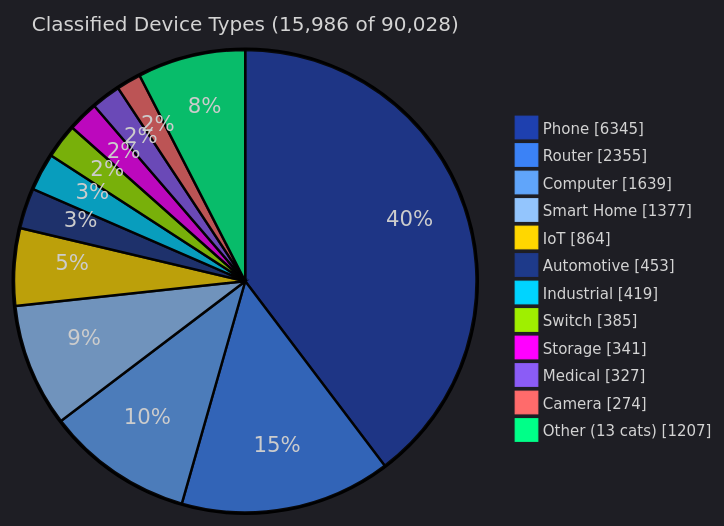
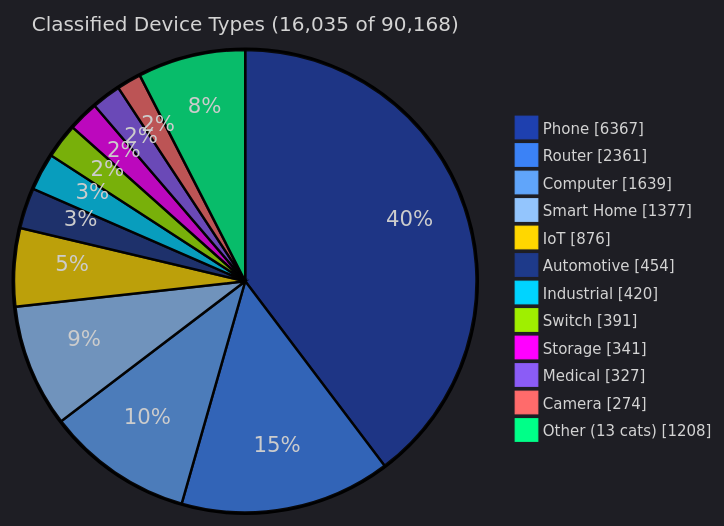
One commit to Ringmast4r/OUI-Master-Database changed the fourth of 5 diagrams in README.md. Above: the diagram before and after it, drawn with Mermaid. The commit also changed other lines of this file and 14 other files, not shown here.

````diff
--- a/README.md
+++ b/README.md
@@ -166,17 +166,17 @@
 ```mermaid
 %%{init: {'theme':'dark', 'themeVariables': {'pie1':'#1E40AF','pie2':'#3B82F6','pie3':'#60A5FA','pie4':'#93C5FD','pie5':'#FFD700','pie6':'#1E3A8A','pie7':'#00D4FF','pie8':'#9FEF00','pie9':'#FF00FF','pie10':'#8B5CF6','pie11':'#FF6B6B','pie12':'#00FF88','pieTitleTextSize':'16px','pieLegendTextSize':'12px'}}}%%
 pie showData
-    title Classified Device Types (15,986 of 90,028)
-    "Phone" : 6345
-    "Router" : 2355
+    title Classified Device Types (16,035 of 90,168)
+    "Phone" : 6367
+    "Router" : 2361
     "Computer" : 1639
     "Smart Home" : 1377
-    "IoT" : 864
-    "Automotive" : 453
-    "Industrial" : 419
-    "Switch" : 385
+    "IoT" : 876
+    "Automotive" : 454
+    "Industrial" : 420
+    "Switch" : 391
     "Storage" : 341
     "Medical" : 327
     "Camera" : 274
-    "Other (13 cats)" : 1207
+    "Other (13 cats)" : 1208
 ```
````
